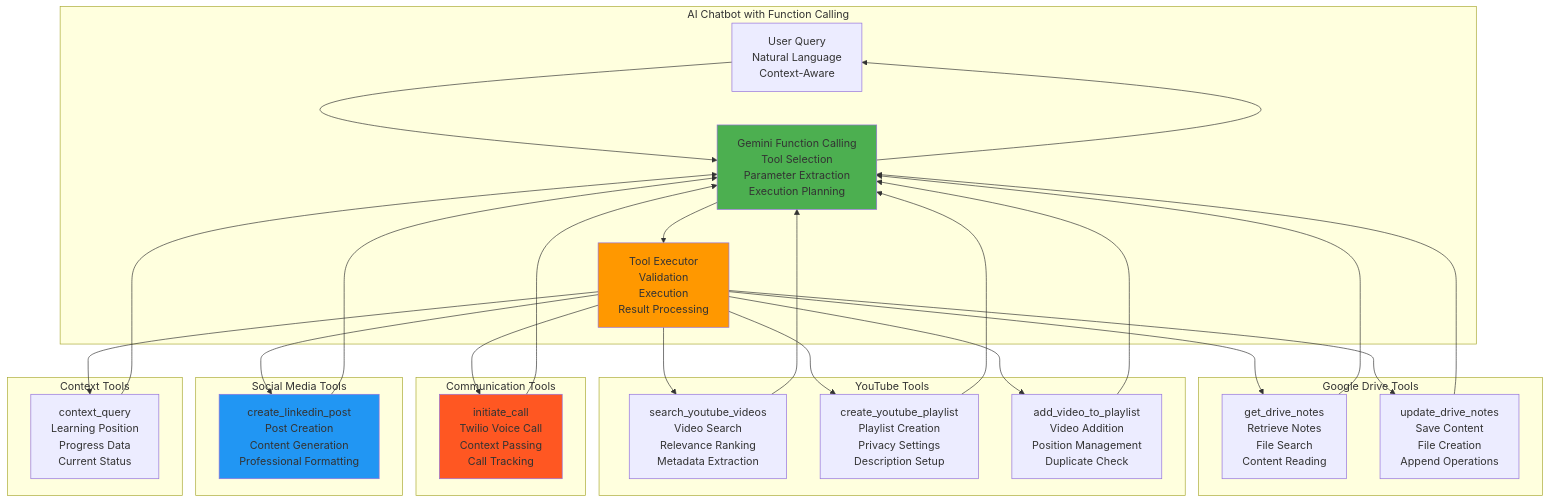
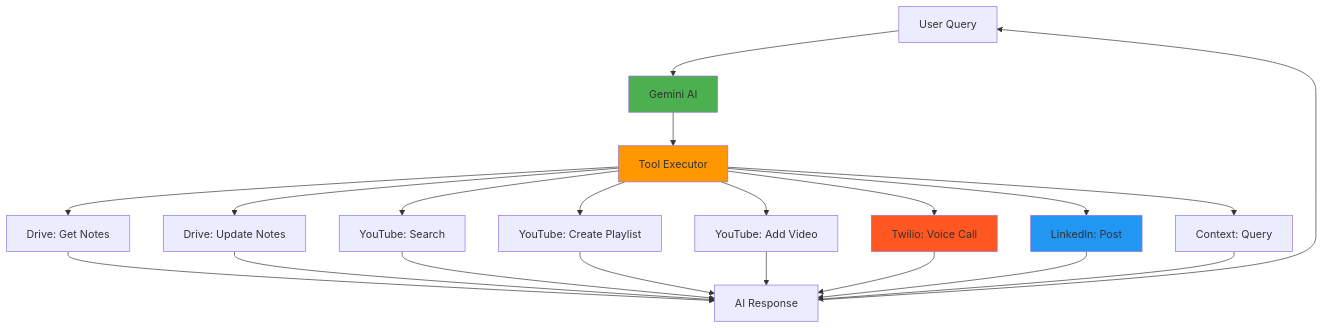
The sixth of 9 diagrams in README.md (abhiabhi150614/fast-api-learning), drawn with Mermaid before and after one commit. The commit also changed other lines of this file, not shown here.

````diff
--- a/README.md
+++ b/README.md
@@ -320,59 +350,30 @@
 ```mermaid
 graph TB
-    subgraph "AI Chatbot with Function Calling"
-        USER_QUERY[User Query<br/>Natural Language<br/>Context-Aware]
-        GEMINI_FC[Gemini Function Calling<br/>Tool Selection<br/>Parameter Extraction<br/>Execution Planning]
-        TOOL_EXECUTOR[Tool Executor<br/>Validation<br/>Execution<br/>Result Processing]
-    end
+    USER_QUERY[User Query] --> GEMINI_FC[Gemini AI]
+    GEMINI_FC --> TOOL_EXECUTOR[Tool Executor]
     
-    subgraph "Google Drive Tools"
-        T1[get_drive_notes<br/>Retrieve Notes<br/>File Search<br/>Content Reading]
-        T2[update_drive_notes<br/>Save Content<br/>File Creation<br/>Append Operations]
-    end
+    TOOL_EXECUTOR --> T1[Drive: Get Notes]
+    TOOL_EXECUTOR --> T2[Drive: Update Notes]
+    TOOL_EXECUTOR --> T3[YouTube: Search]
+    TOOL_EXECUTOR --> T4[YouTube: Create Playlist]
+    TOOL_EXECUTOR --> T5[YouTube: Add Video]
+    TOOL_EXECUTOR --> T6[Twilio: Voice Call]
+    TOOL_EXECUTOR --> T7[LinkedIn: Post]
+    TOOL_EXECUTOR --> T8[Context: Query]
     
-    subgraph "YouTube Tools"
-        T3[search_youtube_videos<br/>Video Search<br/>Relevance Ranking<br/>Metadata Extraction]
-        T4[create_youtube_playlist<br/>Playlist Creation<br/>Privacy Settings<br/>Description Setup]
-        T5[add_video_to_playlist<br/>Video Addition<br/>Position Management<br/>Duplicate Check]
-    end
+    T1 --> RESULT[AI Response]
+    T2 --> RESULT
+    T3 --> RESULT
+    T4 --> RESULT
+    T5 --> RESULT
+    T6 --> RESULT
+    T7 --> RESULT
+    T8 --> RESULT
     
-    subgraph "Communication Tools"
-        T6[initiate_call<br/>Twilio Voice Call<br/>Context Passing<br/>Call Tracking]
-    end
-    
-    subgraph "Social Media Tools"
-        T7[create_linkedin_post<br/>Post Creation<br/>Content Generation<br/>Professional Formatting]
-    end
-    
-    subgraph "Context Tools"
-        T8[context_query<br/>Learning Position<br/>Progress Data<br/>Current Status]
-    end
-    
-    USER_QUERY --> GEMINI_FC
-    GEMINI_FC --> TOOL_EXECUTOR
-    
-    TOOL_EXECUTOR --> T1
-    TOOL_EXECUTOR --> T2
-    TOOL_EXECUTOR --> T3
-    TOOL_EXECUTOR --> T4
-    TOOL_EXECUTOR --> T5
-    TOOL_EXECUTOR --> T6
-    TOOL_EXECUTOR --> T7
-    TOOL_EXECUTOR --> T8
-    
-    T1 --> GEMINI_FC
-    T2 --> GEMINI_FC
-    T3 --> GEMINI_FC
-    T4 --> GEMINI_FC
-    T5 --> GEMINI_FC
-    T6 --> GEMINI_FC
-    T7 --> GEMINI_FC
-    T8 --> GEMINI_FC
-    
-    GEMINI_FC --> USER_QUERY
+    RESULT --> USER_QUERY
     
     style GEMINI_FC fill:#4CAF50
     style TOOL_EXECUTOR fill:#FF9800
     style T6 fill:#FF5722
     style T7 fill:#2196F3
 ```
````
